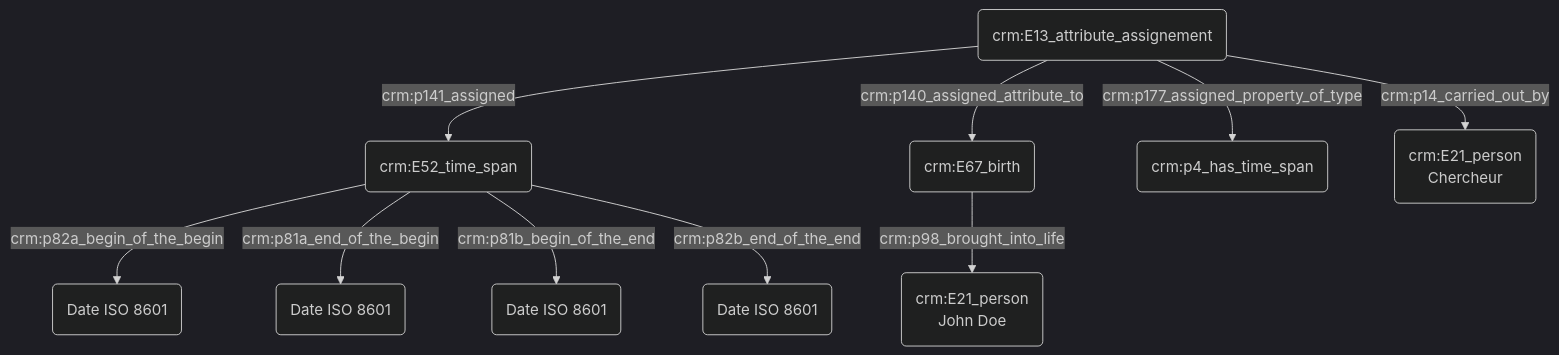
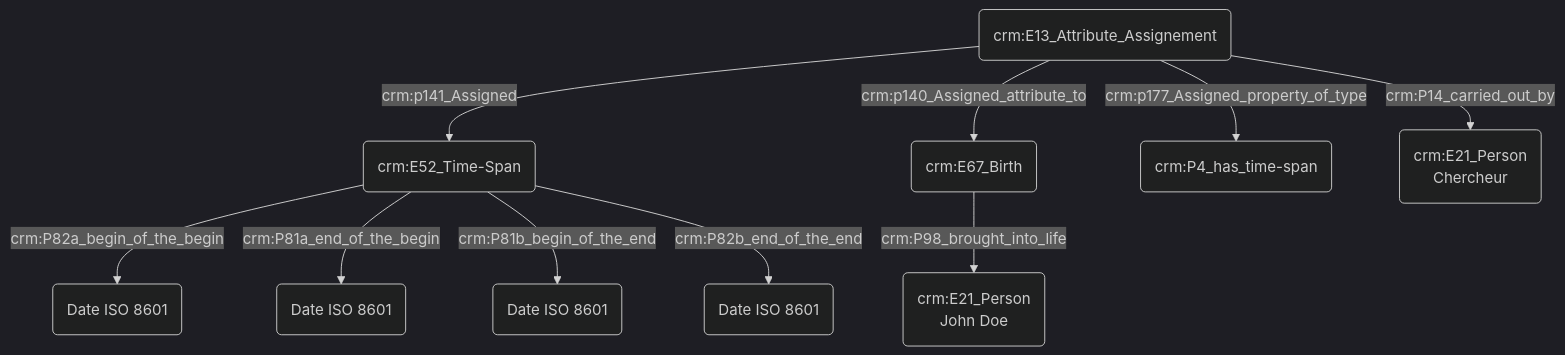
Before and after one commit to Amleth/consortium-musica2-gt2-ontologies: the diagram in modules/livrables/datation/expression d'une incertitude.md, drawn with Mermaid (dark theme).

Commit message:
Update expression d'une incertitude.md

````diff
--- a/modules/livrables/datation/expression d'une incertitude.md
+++ b/modules/livrables/datation/expression d'une incertitude.md
@@ -18,19 +18,19 @@
 ```mermaid
 graph TD;
 
 
 
 
-I(crm:E67_birth) --> |crm:p98_brought_into_life| H(crm:E21_person<br>John Doe)
-G(crm:E13_attribute_assignement) -->|crm:p141_assigned| B(crm:E52_time_span)
-G(crm:E13_attribute_assignement) -->|crm:p177_assigned_property_of_type| K(crm:p4_has_time_span)
-G(crm:E13_attribute_assignement)  --> |crm:p140_assigned_attribute_to| I(crm:E67_birth)
+I(crm:E67_birth) --> |crm:P98_brought_into_life| H(crm:E21_Person<br>John Doe)
+G(crm:E13_Attribute_Assignement) -->|crm:p141_Assigned| B(crm:E52_Time-Span)
+G(crm:E13_Attribute_Assignement) -->|crm:p177_Assigned_property_of_type| K(crm:P4_has_time-span)
+G(crm:E13_Attribute_Assignement)  --> |crm:p140_Assigned_attribute_to| I(crm:E67_Birth)
 
-G(crm:E13_attribute_assignement) --> |crm:p14_carried_out_by| L(crm:E21_person<br>Chercheur)
+G(crm:E13_Attribute_Assignement) --> |crm:P14_carried_out_by| L(crm:E21_Person<br>Chercheur)
 
-B(crm:E52_time_span) --> |crm:p82a_begin_of_the_begin| C("Date ISO 8601")
-B(crm:E52_time_span) --> |crm:p81a_end_of_the_begin| D("Date ISO 8601")
-B(crm:E52_time_span) --> |crm:p81b_begin_of_the_end| E("Date ISO 8601")
-B(crm:E52_time_span) --> |crm:p82b_end_of_the_end| F("Date ISO 8601")
+B(crm:E52_Time-Span) --> |crm:P82a_begin_of_the_begin| C("Date ISO 8601")
+B(crm:E52_Time-Span) --> |crm:P81a_end_of_the_begin| D("Date ISO 8601")
+B(crm:E52_Time-Span) --> |crm:P81b_begin_of_the_end| E("Date ISO 8601")
+B(crm:E52_Time-Span) --> |crm:P82b_end_of_the_end| F("Date ISO 8601")
 
 ```
````
